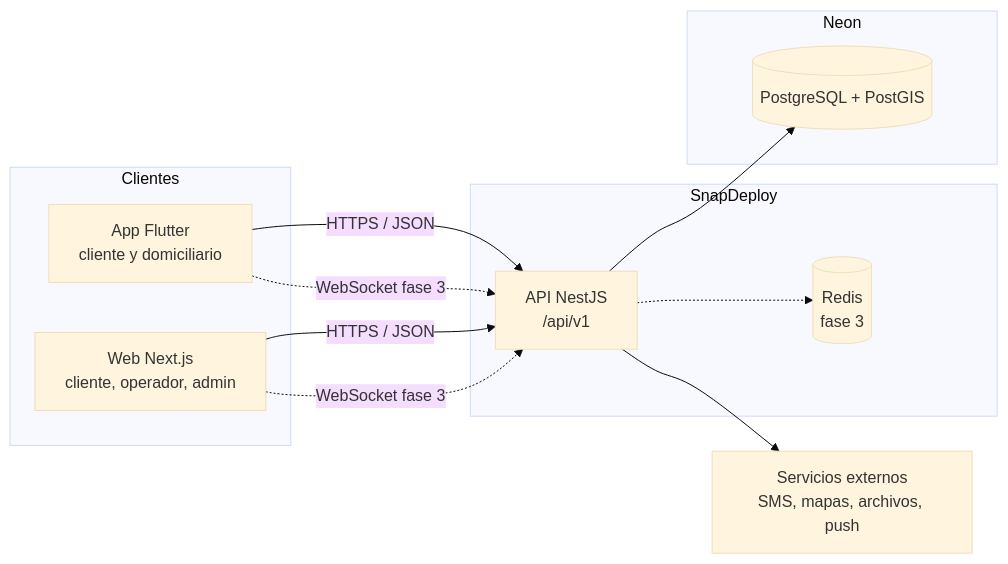
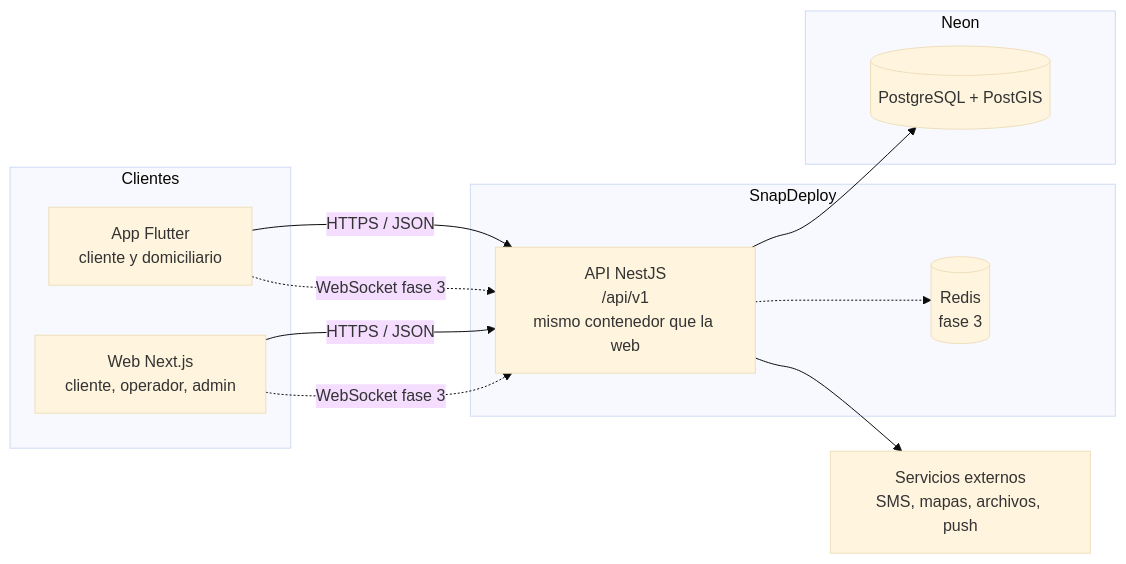
Before and after one commit to Yadirtf/RapiChonta: the first of 2 diagrams in Docs/03-arquitectura.md, drawn with Mermaid (base theme). The commit also changed other lines of this file and 11 other files, not shown here.

First line of the commit message:
feat: contenedor único con API y web desde un Dockerfile en la raíz

````diff
--- a/Docs/03-arquitectura.md
+++ b/Docs/03-arquitectura.md
@@ -5,23 +5,23 @@
 ```mermaid
 flowchart LR
   subgraph Clientes
     APP[App Flutter<br/>cliente y domiciliario]
     WEB[Web Next.js<br/>cliente, operador, admin]
   end
   subgraph SnapDeploy
-    API[API NestJS<br/>/api/v1]
+    API[API NestJS<br/>/api/v1<br/>mismo contenedor que la web]
     REDIS[(Redis<br/>fase 3)]
   end
   subgraph Neon
     DB[(PostgreSQL + PostGIS)]
   end
   EXT[Servicios externos<br/>SMS, mapas, archivos, push]
 
   APP -- HTTPS / JSON --> API
   WEB -- HTTPS / JSON --> API
   APP -. WebSocket fase 3 .-> API
   WEB -. WebSocket fase 3 .-> API
   API --> DB
   API -.-> REDIS
   API --> EXT
 ```
````
